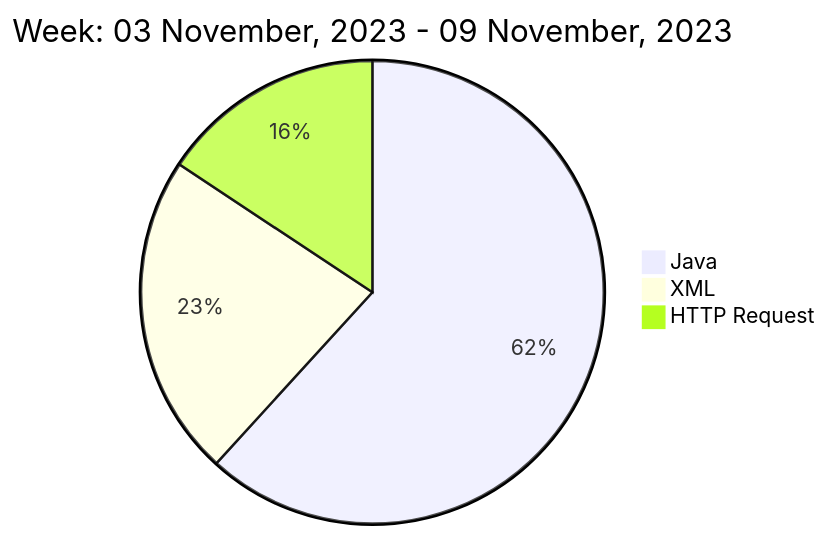
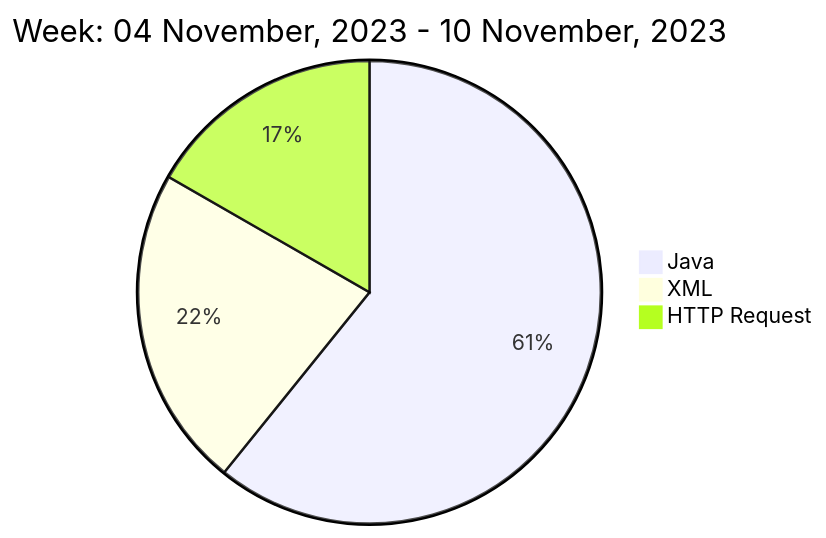
Before and after one commit to liubin95/liubin95: the diagram in README.md, drawn with Mermaid.

Commit message:
Updated the Graph with new Metrics

````diff
--- a/README.md
+++ b/README.md
@@ -40,7 +40,7 @@
 ```mermaid
  pie
-title Week: 03 November, 2023 - 09 November, 2023
- "Java" : 7.48
- "XML" : 2.73
- "HTTP Request" : 1.9
+title Week: 04 November, 2023 - 10 November, 2023
+ "Java" : 7.57
+ "XML" : 2.8
+ "HTTP Request" : 2.08
 ```
````
